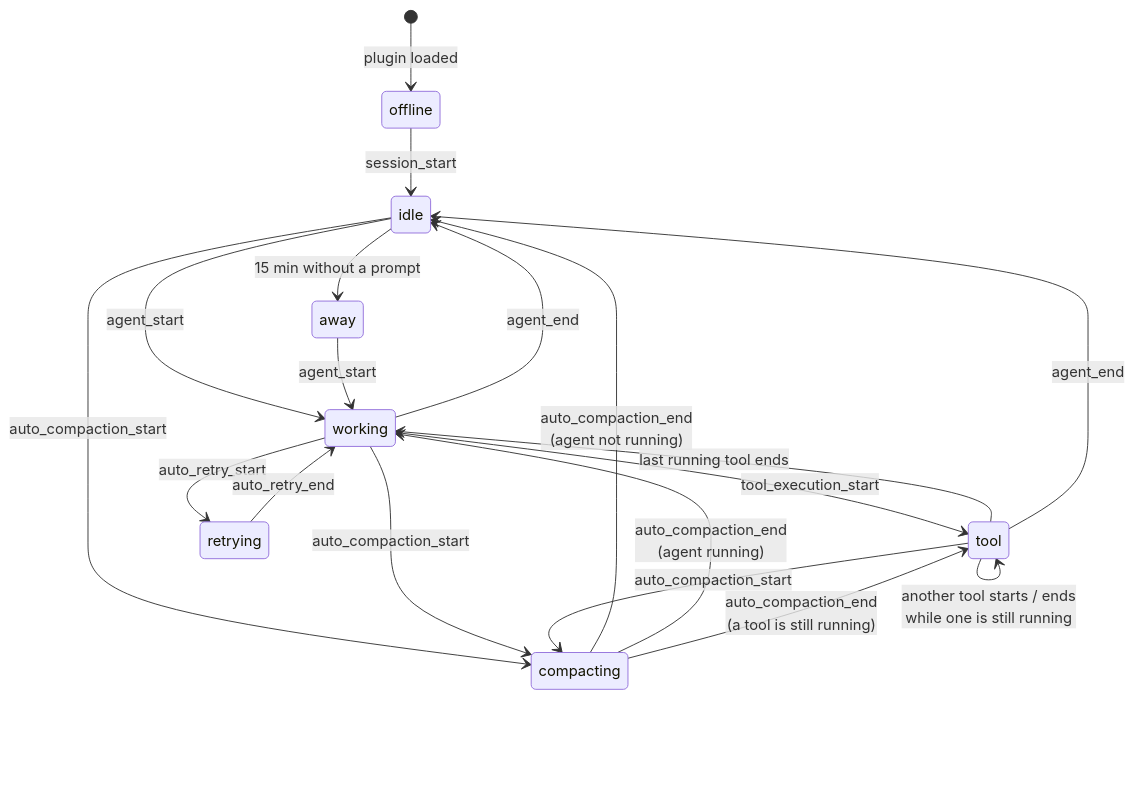
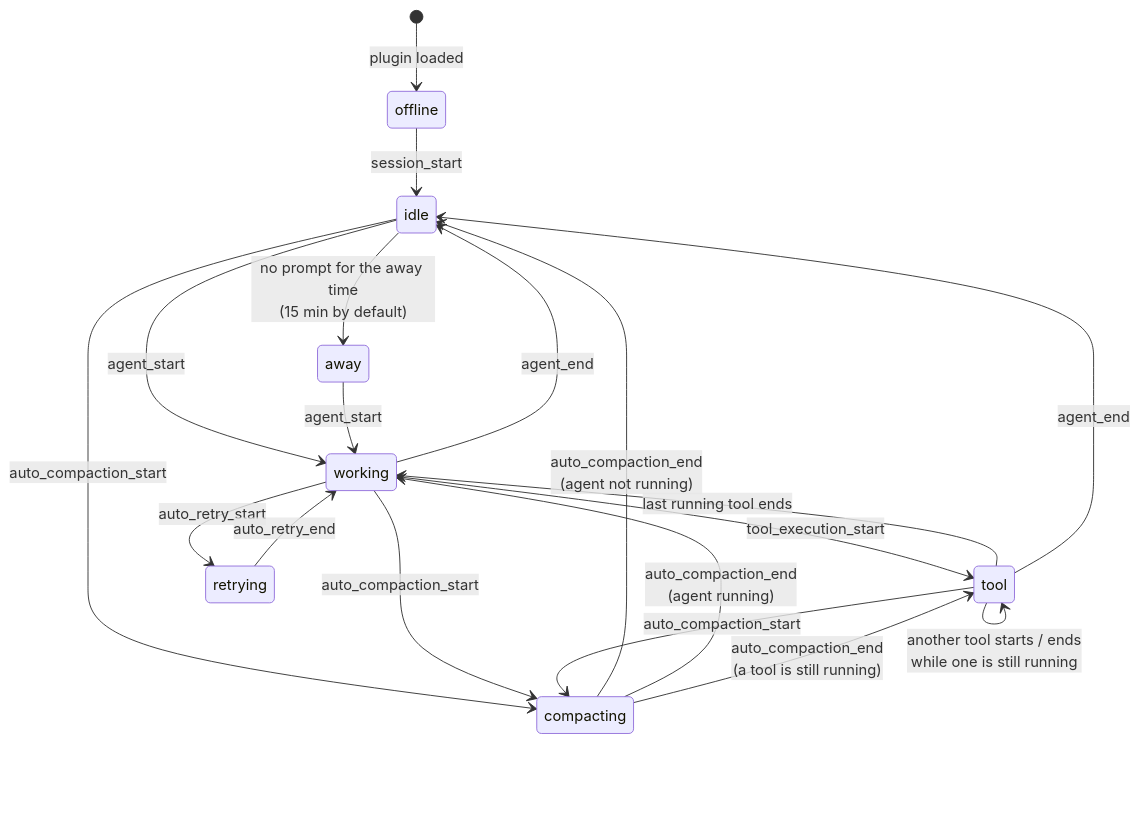
Before and after one commit to hiiruki/omp-discord-presence: the third of 3 diagrams in README.md, drawn with Mermaid. The commit also changed other lines of this file and 1 other file, not shown here.

````diff
--- a/README.md
+++ b/README.md
@@ -148,21 +148,21 @@
 ```mermaid
 stateDiagram-v2
     [*] --> offline: plugin loaded
     offline --> idle: session_start
     idle --> working: agent_start
     working --> tool: tool_execution_start
     tool --> tool: another tool starts / ends<br/>while one is still running
     tool --> working: last running tool ends
     working --> idle: agent_end
     tool --> idle: agent_end
     working --> retrying: auto_retry_start
     retrying --> working: auto_retry_end
-    idle --> away: 15 min without a prompt
+    idle --> away: no prompt for the away time<br/>(15 min by default)
     away --> working: agent_start
     idle --> compacting: auto_compaction_start
     working --> compacting: auto_compaction_start
     tool --> compacting: auto_compaction_start
     compacting --> idle: auto_compaction_end<br/>(agent not running)
     compacting --> working: auto_compaction_end<br/>(agent running)
     compacting --> tool: auto_compaction_end<br/>(a tool is still running)
 ```
````
